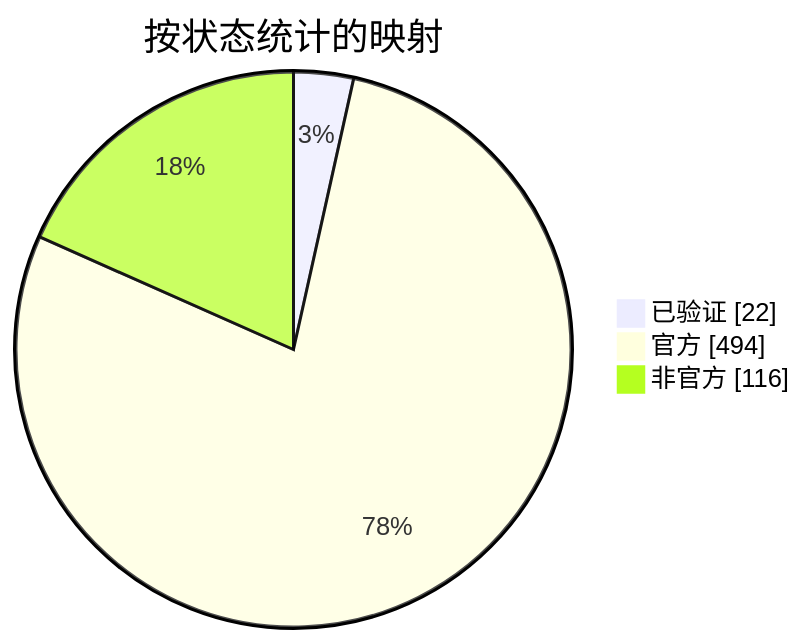
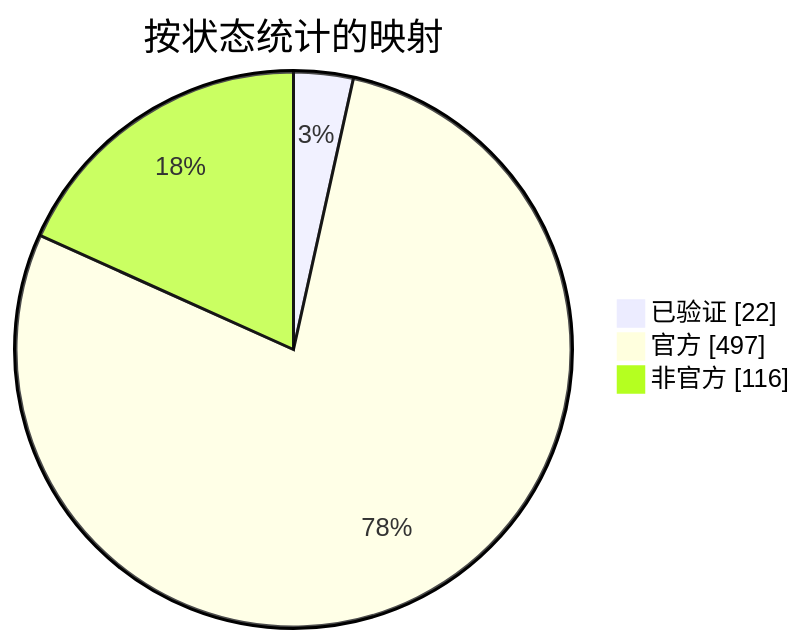
One commit to nobrega8/mbmap-library changed the diagram in docs/readme/README_ZHS.md. Above: the diagram before and after it, drawn with Mermaid. The commit also changed 8 other files, not shown here.

````diff
--- a/docs/readme/README_ZHS.md
+++ b/docs/readme/README_ZHS.md
@@ -54,7 +54,7 @@
 ```mermaid
 pie showData
     title 按状态统计的映射
     "已验证" : 22
-    "官方" : 494
+    "官方" : 497
     "非官方" : 116
 ```
````
